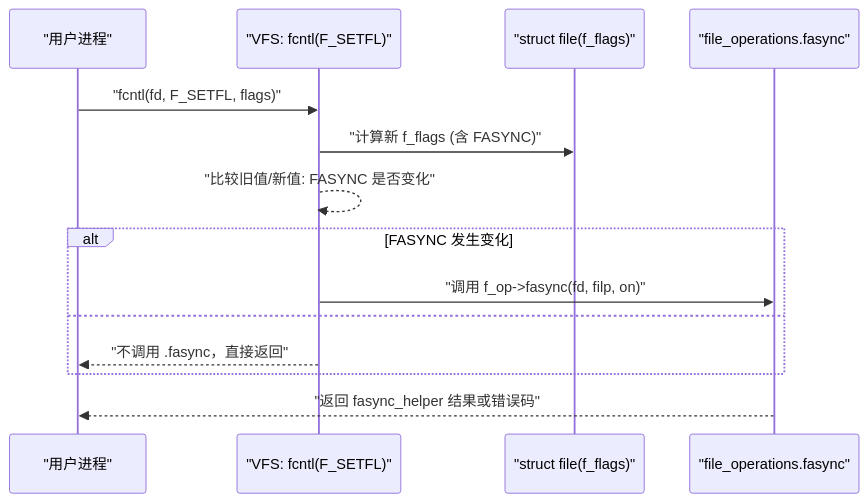
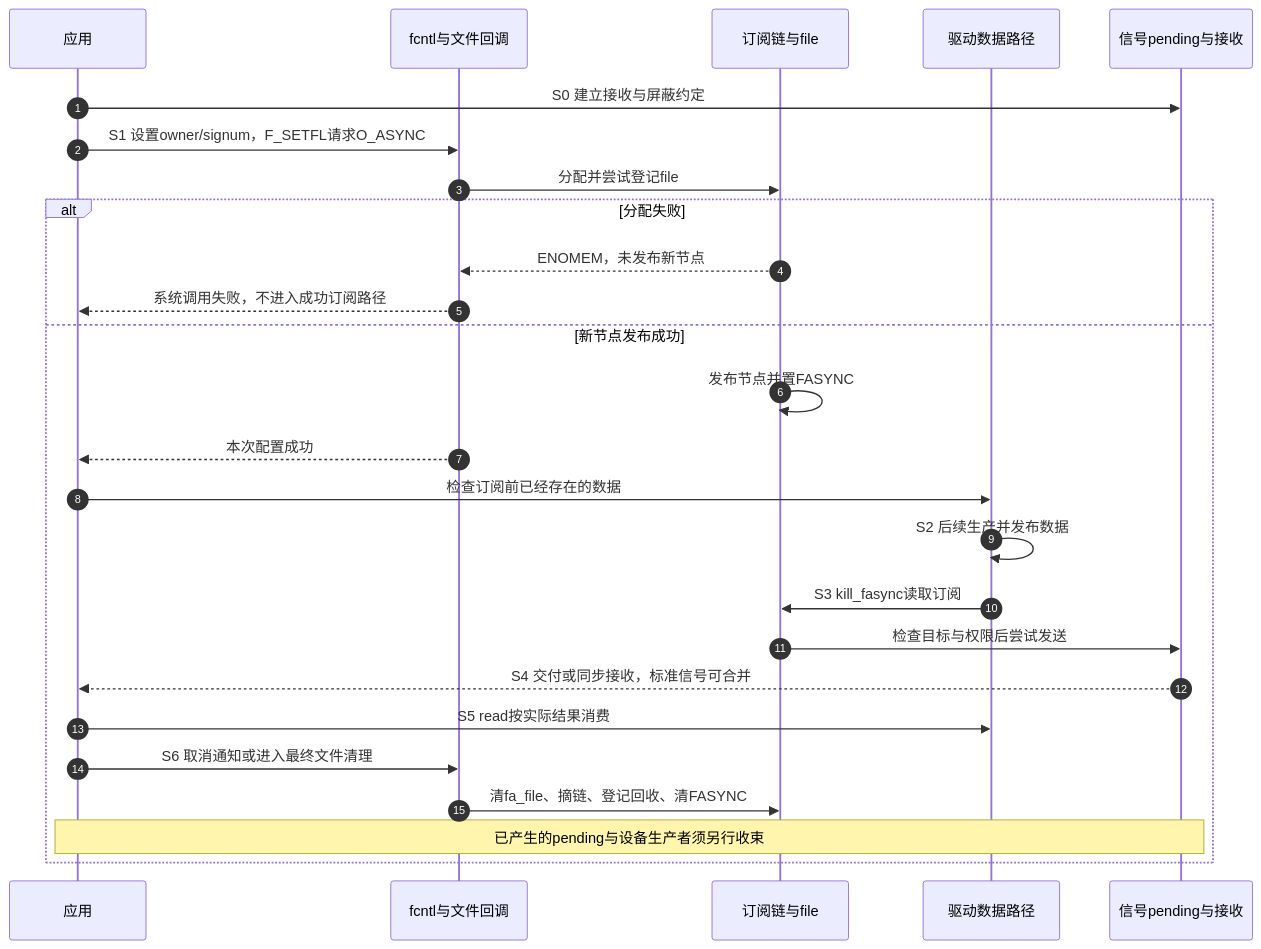
One commit to FormingSystem/linux_note changed the third of 3 diagrams in knowledge/linux/synchronization_and_asynchrony/asynchrony/async_notification/P04_内核视角_核心数据结构与控制路径.md. Above: the diagram before and after it, drawn with Mermaid. The commit also changed other lines of this file and 1 other file, not shown here.

First line of the commit message:
content(linux/fasync): 按真实状态与寿命重写内核控制路径

````diff
--- a/knowledge/linux/synchronization_and_asynchrony/asynchrony/async_notification/P04_内核视角_核心数据结构与控制路径.md
+++ b/knowledge/linux/synchronization_and_asynchrony/asynchrony/async_notification/P04_内核视角_核心数据结构与控制路径.md
@@ -754,17 +249,28 @@
 ```mermaid
 sequenceDiagram
-    participant U as "用户进程"
-    participant V as "VFS: fcntl(F_SETFL)"
-    participant F as "struct file(f_flags)"
-    participant D as "file_operations.fasync"
-
-    U->>V: "fcntl(fd, F_SETFL, flags)"
-    V->>F: "计算新 f_flags (含 FASYNC)"
-    V-->>V: "比较旧值/新值: FASYNC 是否变化"
-    alt FASYNC 发生变化
-        V->>D: "调用 f_op->fasync(fd, filp, on)"
-    else
-        V-->>U: "不调用 .fasync，直接返回"
+    autonumber
+    participant U as 应用
+    participant V as fcntl与文件回调
+    participant L as 订阅链与file
+    participant D as 驱动数据路径
+    participant P as 信号pending与接收
+    U->>P: S0 建立接收与屏蔽约定
+    U->>V: S1 设置owner/signum，F_SETFL请求O_ASYNC
+    V->>L: 分配并尝试登记file
+    alt 分配失败
+        L-->>V: ENOMEM，未发布新节点
+        V-->>U: 系统调用失败，不进入成功订阅路径
+    else 新节点发布成功
+        L->>L: 发布节点并置FASYNC
+        V-->>U: 本次配置成功
+        U->>D: 检查订阅前已经存在的数据
+        D->>D: S2 后续生产并发布数据
+        D->>L: S3 kill_fasync读取订阅
+        L->>P: 检查目标与权限后尝试发送
+        P-->>U: S4 交付或同步接收，标准信号可合并
+        U->>D: S5 read按实际结果消费
+        U->>V: S6 取消通知或进入最终文件清理
+        V->>L: 清fa_file、摘链、登记回收、清FASYNC
+        Note over U,P: 已产生的pending与设备生产者须另行收束
     end
-    D-->>U: "返回 fasync_helper 结果或错误码"
 ```
````
